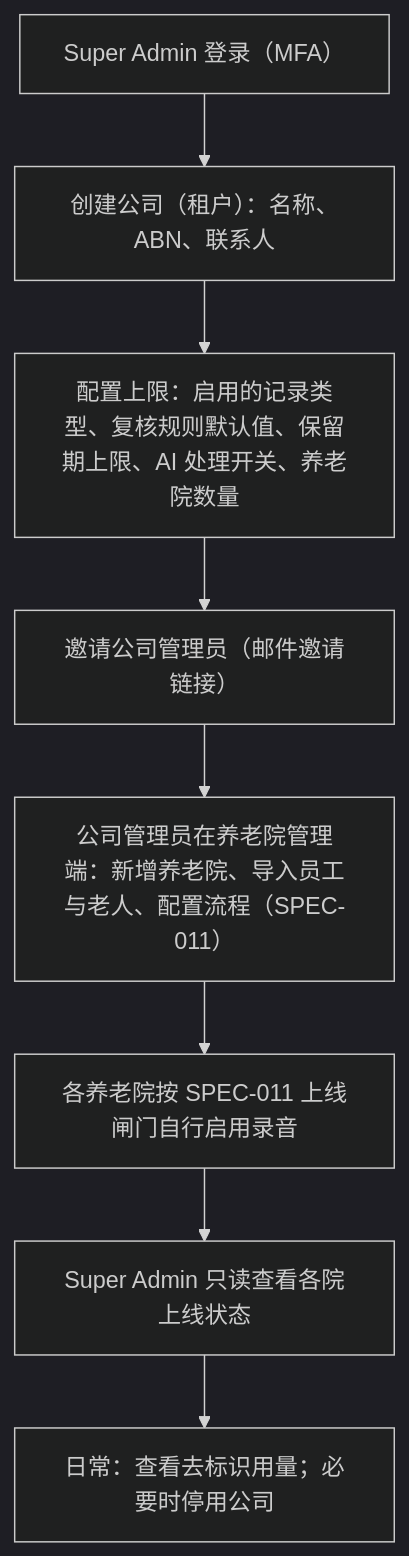
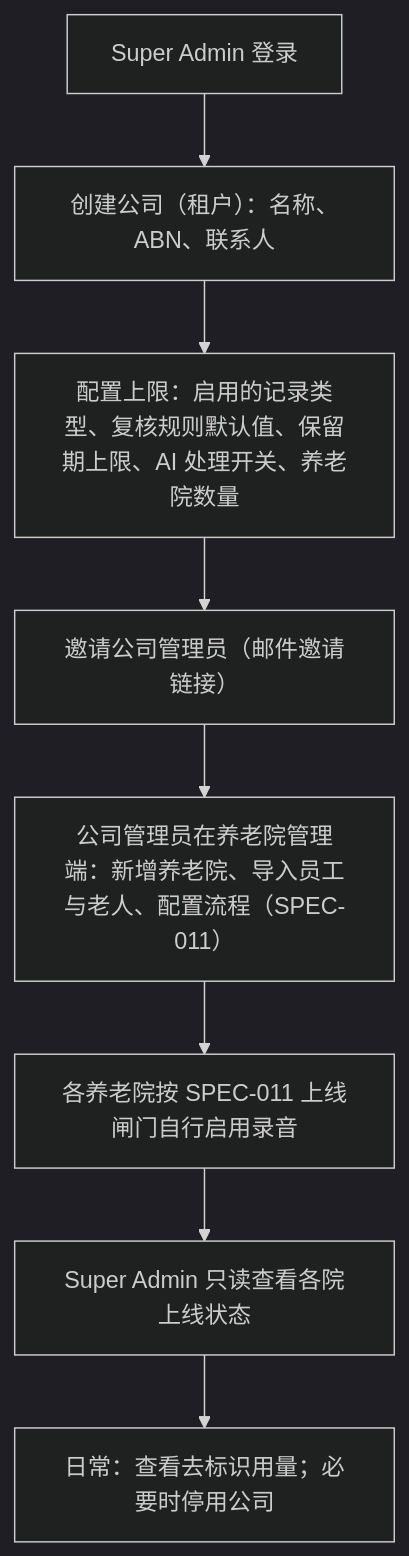
One commit to terryxu0321/JRAgedCareProject changed the diagram in company-os/06-app-development/specs/2026-10-super-admin-console.md. Above: the diagram before and after it, drawn with Mermaid (dark theme). The commit also changed other lines of this file and 14 other files, not shown here.

````diff
--- a/company-os/06-app-development/specs/2026-10-super-admin-console.md
+++ b/company-os/06-app-development/specs/2026-10-super-admin-console.md
@@ -33,10 +33,10 @@
 ```mermaid
 flowchart TD
-	A["Super Admin 登录（MFA）"] --> B["创建公司（租户）：名称、ABN、联系人"]
+	A["Super Admin 登录"] --> B["创建公司（租户）：名称、ABN、联系人"]
 	B --> C["配置上限：启用的记录类型、复核规则默认值、保留期上限、AI 处理开关、养老院数量"]
 	C --> D["邀请公司管理员（邮件邀请链接）"]
 	D --> E["公司管理员在养老院管理端：新增养老院、导入员工与老人、配置流程（SPEC-011）"]
 	E --> F["各养老院按 SPEC-011 上线闸门自行启用录音"]
 	F --> G["Super Admin 只读查看各院上线状态"]
 	G --> H["日常：查看去标识用量；必要时停用公司"]
 ```
````
